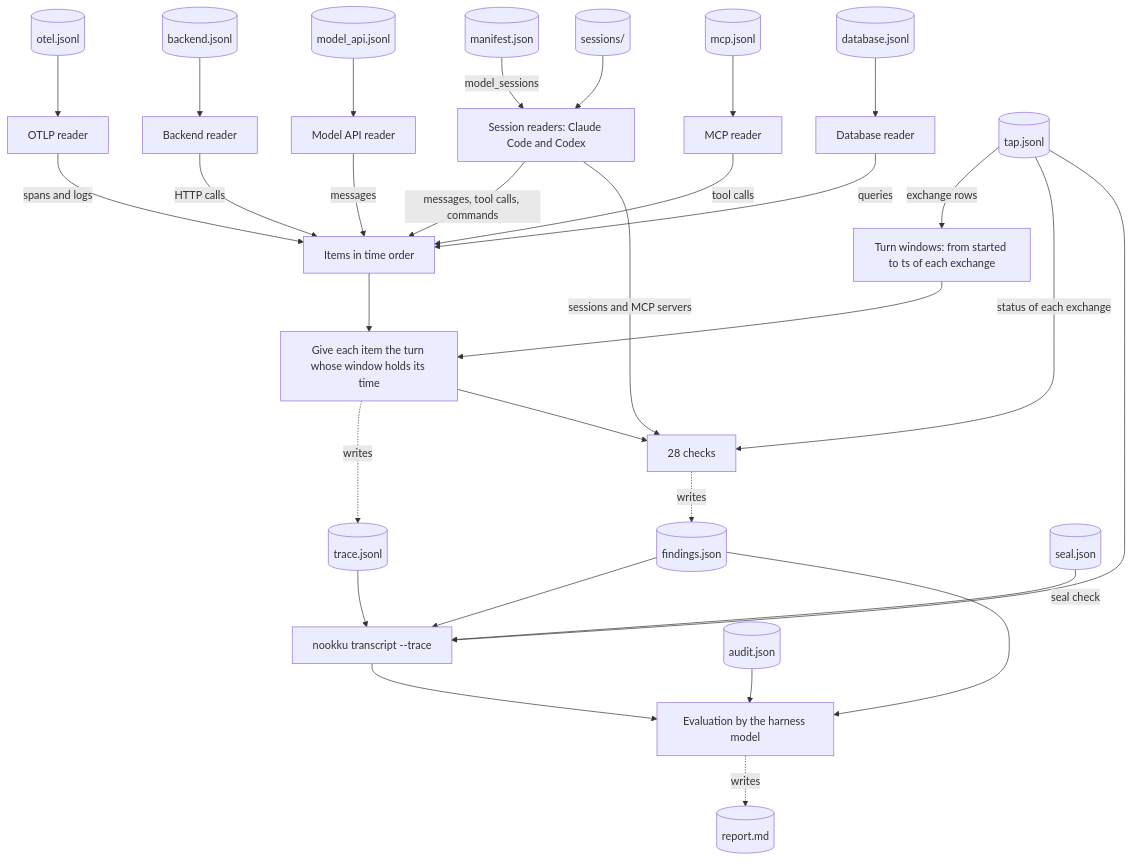
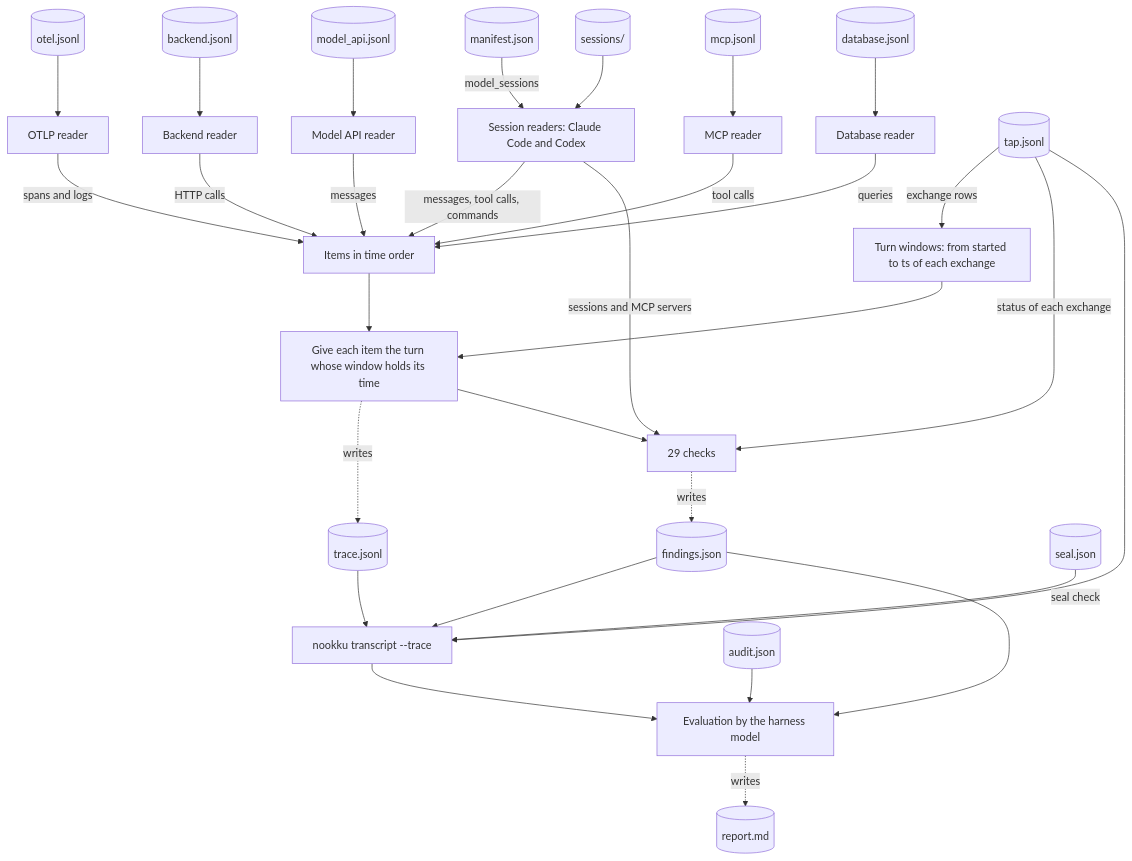
Before and after one commit to mohanraj00/nookku: the fourth of 4 diagrams in docs/architecture.md, drawn with Mermaid. The commit also changed other lines of this file and 91 other files, not shown here.

````diff
--- a/docs/architecture.md
+++ b/docs/architecture.md
@@ -213,32 +213,32 @@
 ```mermaid
 flowchart TB
     manifestrec[(manifest.json)] -->|model_sessions| sreaders[Session readers: Claude Code and Codex]
     sessions[(sessions/)] --> sreaders
     otelrec[(otel.jsonl)] --> oreader[OTLP reader]
     backendrec[(backend.jsonl)] --> breader[Backend reader]
     modelrec[(model_api.jsonl)] --> mreader[Model API reader]
     mcprec[(mcp.jsonl)] --> mcpreader[MCP reader]
     dbrec[(database.jsonl)] --> dbreader[Database reader]
     sreaders -->|messages, tool calls, commands| items[Items in time order]
     oreader -->|spans and logs| items
     breader -->|HTTP calls| items
     mreader -->|messages| items
     mcpreader -->|tool calls| items
     dbreader -->|queries| items
     taprec[(tap.jsonl)] -->|exchange rows| windows[Turn windows: from started to ts of each exchange]
     items --> assign[Give each item the turn whose window holds its time]
     windows --> assign
     assign -.->|writes| tracerec[(trace.jsonl)]
-    assign --> checks[28 checks]
+    assign --> checks[29 checks]
     sreaders -->|sessions and MCP servers| checks
     taprec -->|status of each exchange| checks
     checks -.->|writes| findingsrec[(findings.json)]
     taprec --> transcript[nookku transcript --trace]
     tracerec --> transcript
     findingsrec --> transcript
     sealrec[(seal.json)] -->|seal check| transcript
     transcript --> eval[Evaluation by the harness model]
     findingsrec --> eval
     auditrec[(audit.json)] --> eval
     eval -.->|writes| report[(report.md)]
 ```
````
